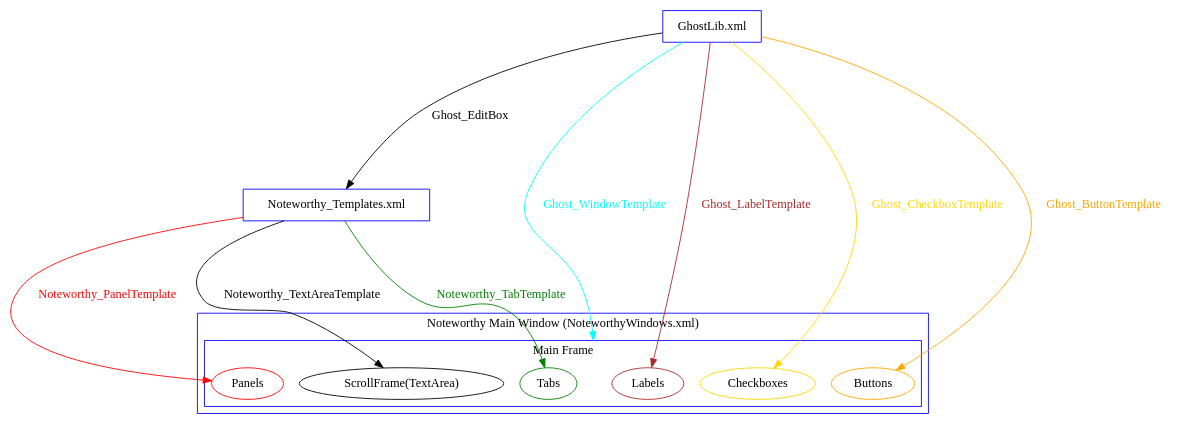
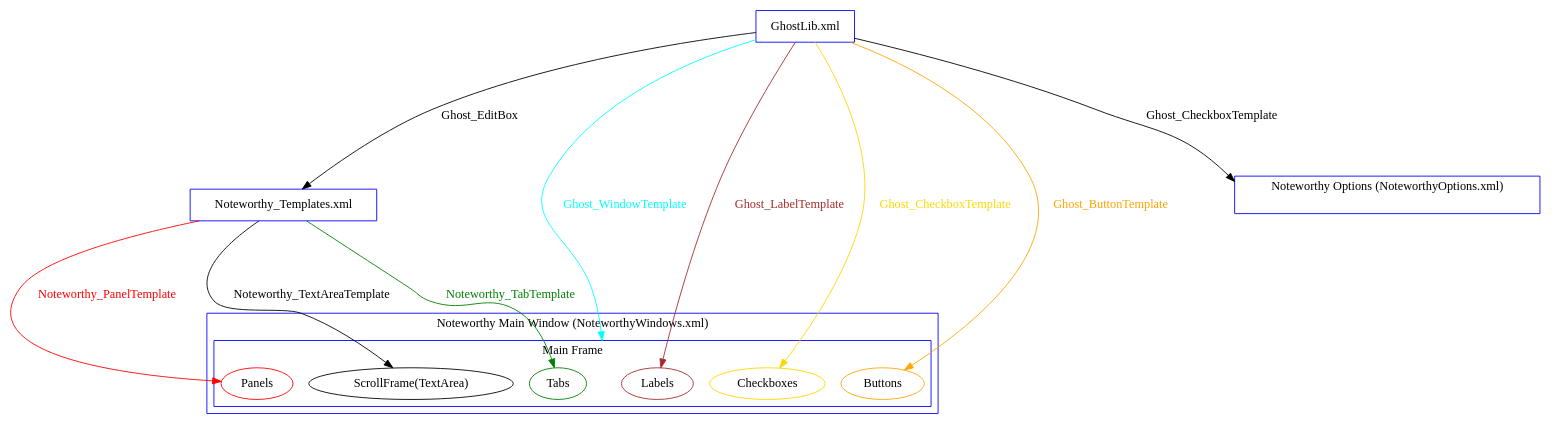
Before and after one commit to 28/NoteworthyII: the diagram in doc/noteworthy-xml-inheritance.dot, drawn with Graphviz. The commit also changed 1 other file, not shown here.

Commit message:
Update inheritance graph with the new options frame.

```diff
--- a/doc/noteworthy-xml-inheritance.dot
+++ b/doc/noteworthy-xml-inheritance.dot
@@ -1,37 +1,46 @@
 digraph arch {
 	ranksep=2.1
 	rankdir=TB
 	compound=true
 	node[color=blue]
 
 	XML_GL[label="GhostLib.xml", shape=box]
 	XML_T[label="Noteworthy_Templates.xml", shape=box]
 
 	subgraph cluster_main {
 		label="Noteworthy Main Window (NoteworthyWindows.xml)"
 		color=blue
 		node[color=red]
 
 		subgraph cluster_main_frame {
 			label="Main Frame"
 
 			M_F[label="Main frame", color=cyan, style=invis, shape=point]
 			M_L[label="Labels", color=brown]
 			M_P[label="Panels", color=red]
 			M_C[label="Checkboxes", color=gold]
 			M_T[label="ScrollFrame(TextArea)", color=black]
 			M_B[label="Buttons", color=orange]
 			M_TA[label="Tabs", color=green]
 		}
 	}
 
+	subgraph cluster_options {
+		label="Noteworthy Options (NoteworthyOptions.xml)"
+		color=blue
+		node[color=green]
+
+		O_F[label="Options", color=cyan, style=invis, shape=point]
+	}
+
 	XML_GL->XML_T[label="Ghost_EditBox", color=black, fontcolor=black]
 
 	XML_GL->M_F[label="Ghost_WindowTemplate", color=cyan, fontcolor=cyan, lhead=cluster_main_frame]
 	XML_GL->M_L[label="Ghost_LabelTemplate", color=brown, fontcolor=brown]
 	XML_T->M_P[label="Noteworthy_PanelTemplate", color=red, fontcolor=red]
 	XML_GL->M_C[label="Ghost_CheckboxTemplate", color=gold, fontcolor=gold]
 	XML_T->M_T[label="Noteworthy_TextAreaTemplate", color=black, fontcolor=black]
 	XML_GL->M_B[label="Ghost_ButtonTemplate", color=orange, fontcolor=orange]
 	XML_T->M_TA[label="Noteworthy_TabTemplate", color=green, fontcolor=green]
+	XML_GL->O_F[label="Ghost_CheckboxTemplate", color=black, fontcolor=black, lhead=cluster_options]
 }
```
